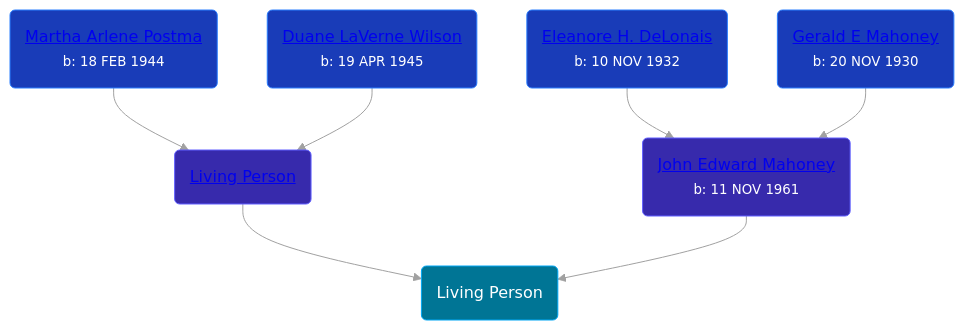
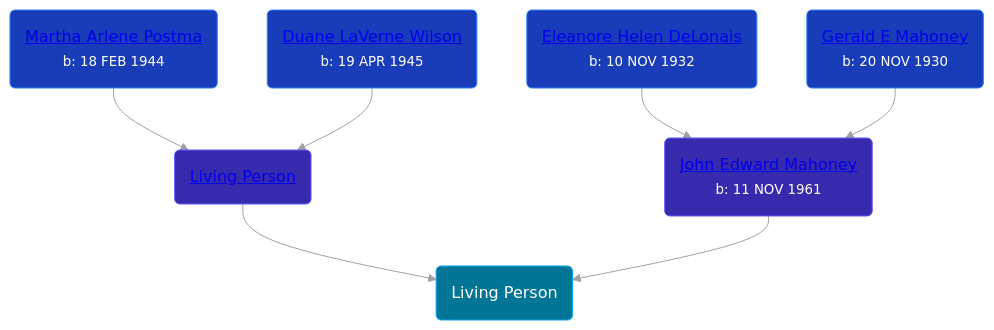
The diagram in pages/people/4/4287670.md (wpmgotkh/wpmgotkh.github.io), drawn with Mermaid before and after one commit. The commit also changed 213 other files, not shown here.

````diff
--- a/pages/people/4/4287670.md
+++ b/pages/people/4/4287670.md
@@ -10,14 +10,14 @@
 ```mermaid
 graph
 classDef grands fill:#193cb8,stroke:#2b7fff,stroke-width:1px,color:#fff;
 classDef parents fill:#372aac,stroke:#615fff,stroke-width:1px,color:#fff;
 classDef primary fill:#007595,stroke:#00a6f4,stroke-width:1px,color:#fff;
 4287670(Living Person):::primary
 92555368(<a class="text-white" href="/people/9/92555368">Living Person</a>):::parents-->4287670
 39368292(<a class="text-white" href="/people/3/39368292">Martha Arlene Postma</a><br /><small>b: 18 FEB 1944</small>):::grands-->92555368
 61086158(<a class="text-white" href="/people/6/61086158">Duane LaVerne Wilson</a><br /><small>b: 19 APR 1945</small>):::grands-->92555368
 20318131(<a class="text-white" href="/people/2/20318131">John Edward Mahoney</a><br /><small>b: 11 NOV 1961</small>):::parents-->4287670
-45463626(<a class="text-white" href="/people/4/45463626">Eleanore H. DeLonais</a><br /><small>b: 10 NOV 1932</small>):::grands-->20318131
+45463626(<a class="text-white" href="/people/4/45463626">Eleanore Helen DeLonais</a><br /><small>b: 10 NOV 1932</small>):::grands-->20318131
 10062624(<a class="text-white" href="/people/1/10062624">Gerald E Mahoney</a><br /><small>b: 20 NOV 1930</small>):::grands-->20318131
 linkStyle default stroke:#a1a1a1
 ```
````
